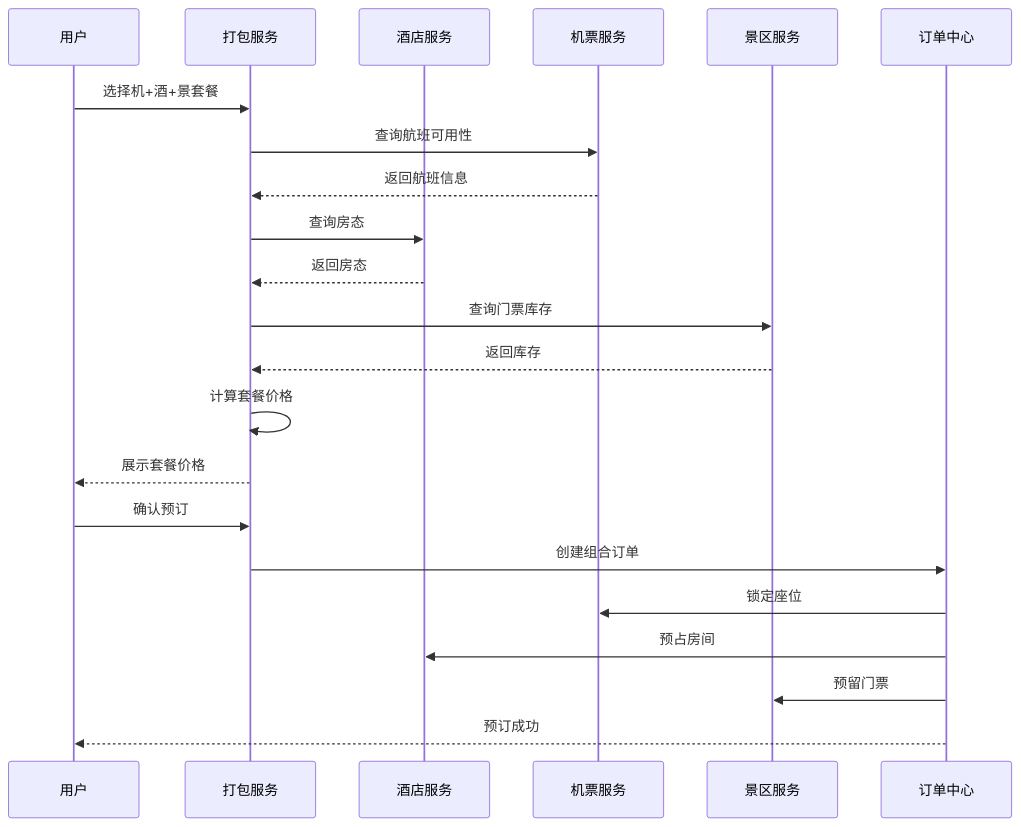
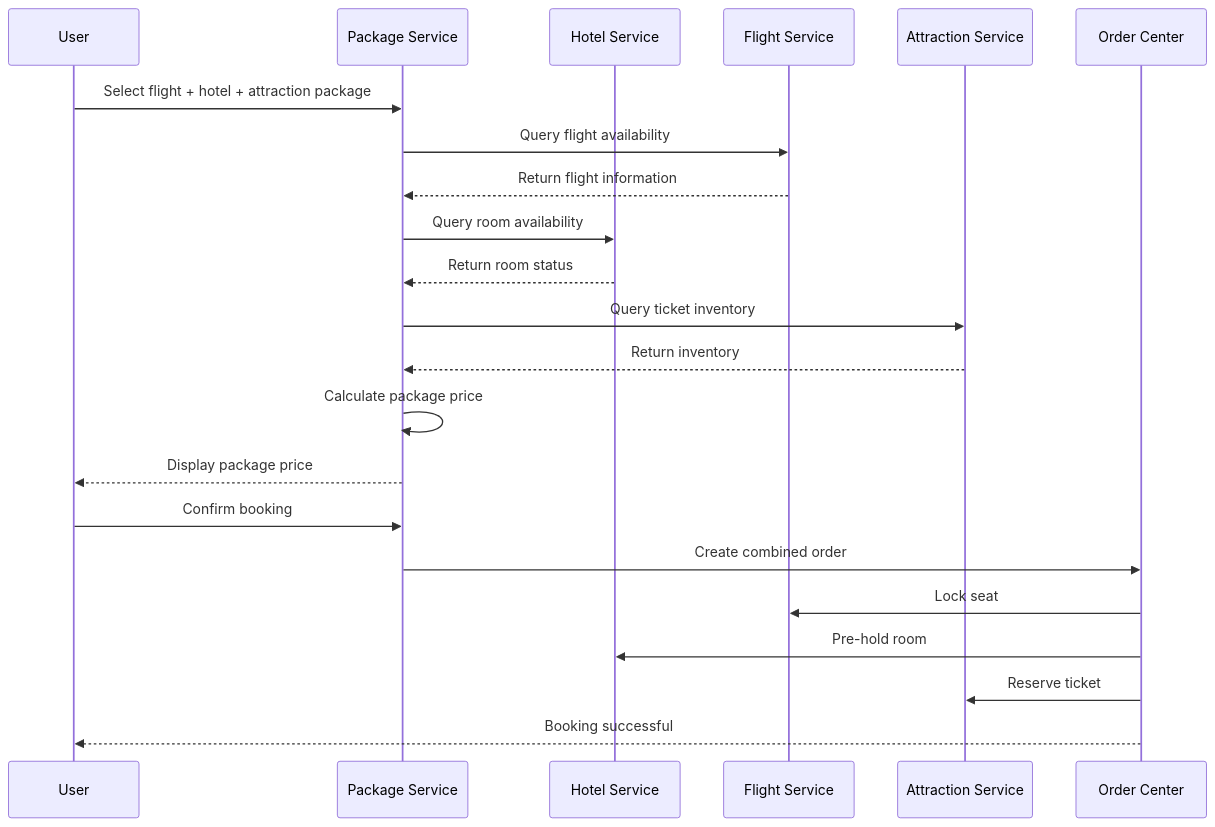
The second of 3 diagrams in tree/application/architecture/hospitality-tourism.md (teaglebuilt/knowledge-tree), drawn with Mermaid before and after one commit. The commit also changed other lines of this file and 4 other files, not shown here.

````diff
--- a/tree/application/architecture/hospitality-tourism.md
+++ b/tree/application/architecture/hospitality-tourism.md
@@ -184,25 +188,25 @@
 ```mermaid
 sequenceDiagram
-    participant USER as 用户
-    participant PKG as 打包服务
-    participant HOTEL as 酒店服务
-    participant FLIGHT as 机票服务
-    participant SCENE as 景区服务
-    participant ORDER as 订单中心
+    participant USER as User
+    participant PKG as Package Service
+    participant HOTEL as Hotel Service
+    participant FLIGHT as Flight Service
+    participant SCENE as Attraction Service
+    participant ORDER as Order Center
 
-    USER->>PKG: 选择机+酒+景套餐
-    PKG->>FLIGHT: 查询航班可用性
-    FLIGHT-->>PKG: 返回航班信息
-    PKG->>HOTEL: 查询房态
-    HOTEL-->>PKG: 返回房态
-    PKG->>SCENE: 查询门票库存
-    SCENE-->>PKG: 返回库存
-    PKG->>PKG: 计算套餐价格
-    PKG-->>USER: 展示套餐价格
-    USER->>PKG: 确认预订
-    PKG->>ORDER: 创建组合订单
-    ORDER->>FLIGHT: 锁定座位
-    ORDER->>HOTEL: 预占房间
-    ORDER->>SCENE: 预留门票
-    ORDER-->>USER: 预订成功
+    USER->>PKG: Select flight + hotel + attraction package
+    PKG->>FLIGHT: Query flight availability
+    FLIGHT-->>PKG: Return flight information
+    PKG->>HOTEL: Query room availability
+    HOTEL-->>PKG: Return room status
+    PKG->>SCENE: Query ticket inventory
+    SCENE-->>PKG: Return inventory
+    PKG->>PKG: Calculate package price
+    PKG-->>USER: Display package price
+    USER->>PKG: Confirm booking
+    PKG->>ORDER: Create combined order
+    ORDER->>FLIGHT: Lock seat
+    ORDER->>HOTEL: Pre-hold room
+    ORDER->>SCENE: Reserve ticket
+    ORDER-->>USER: Booking successful
 ```
````
